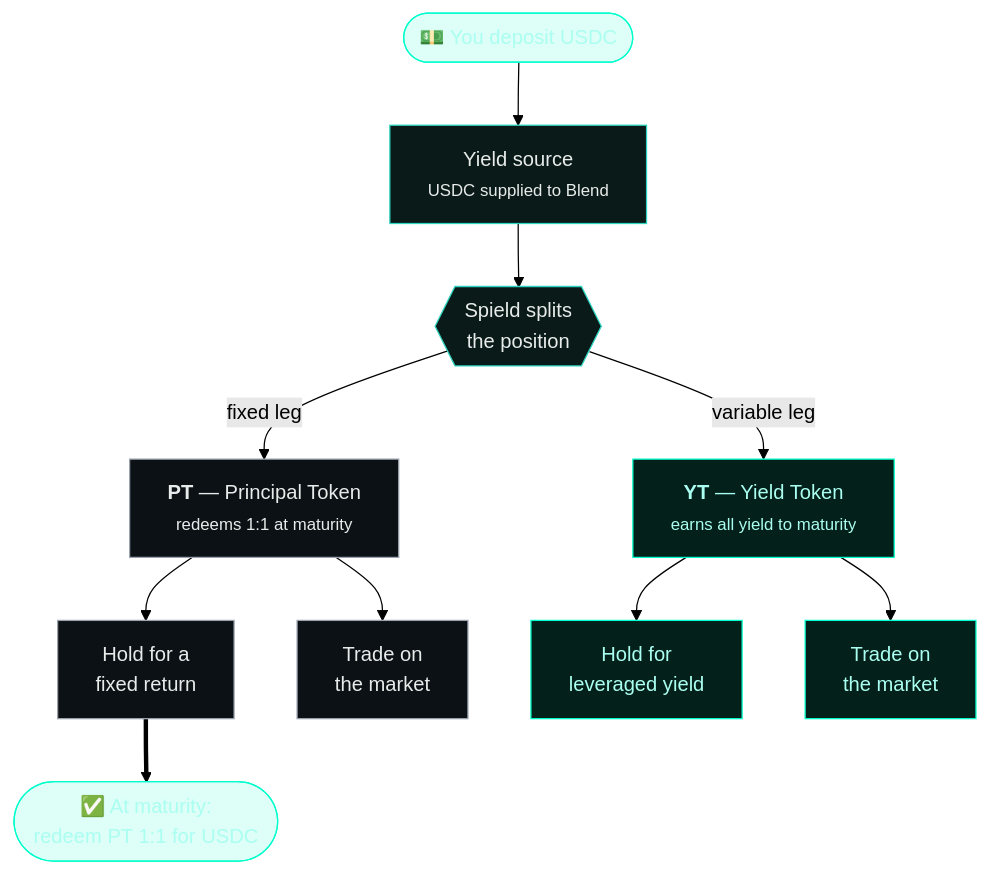
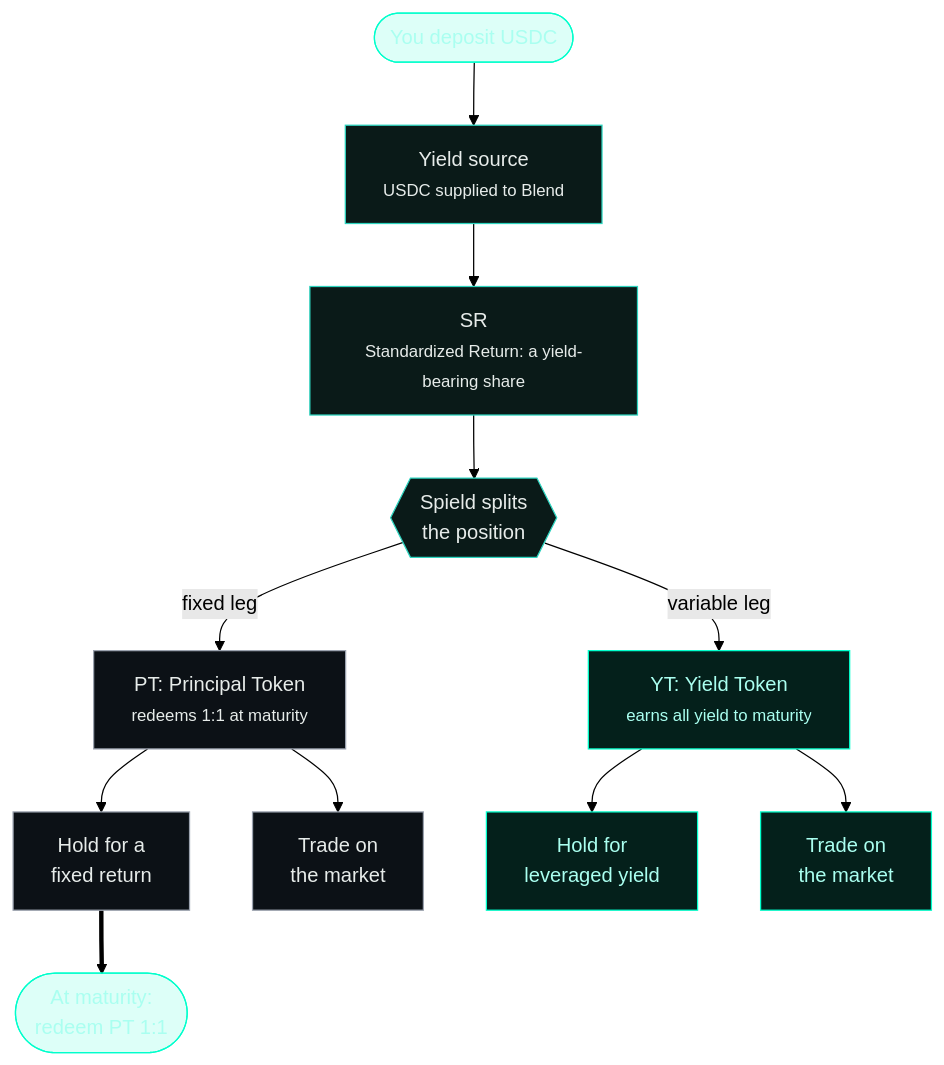
The diagram in content/docs/how-it-works/index.mdx (Suryashish/spield-docs), drawn with Mermaid (forest theme) before and after one commit. The commit also changed other lines of this file and 56 other files, not shown here.

````diff
--- a/content/docs/how-it-works/index.mdx
+++ b/content/docs/how-it-works/index.mdx
@@ -18,21 +18,22 @@
 ```mermaid
 flowchart TD
-  U(["💵 You deposit USDC"]) --> Y["Yield source<br/><small>USDC supplied to Blend</small>"]
-  Y --> S{{"Spield splits<br/>the position"}}
-  S -->|fixed leg| PT["<b>PT</b> — Principal Token<br/><small>redeems 1:1 at maturity</small>"]
-  S -->|variable leg| YT["<b>YT</b> — Yield Token<br/><small>earns all yield to maturity</small>"]
+  U(["You deposit USDC"]) --> Y["Yield source<br/><small>USDC supplied to Blend</small>"]
+  Y --> SR["SR<br/><small>Standardized Return: a yield-bearing share</small>"]
+  SR --> S{{"Spield splits<br/>the position"}}
+  S -->|fixed leg| PT["PT: Principal Token<br/><small>redeems 1:1 at maturity</small>"]
+  S -->|variable leg| YT["YT: Yield Token<br/><small>earns all yield to maturity</small>"]
   PT --> H1["Hold for a<br/>fixed return"]
   PT --> T1["Trade on<br/>the market"]
   YT --> H2["Hold for<br/>leveraged yield"]
   YT --> T2["Trade on<br/>the market"]
-  H1 ==> R(["✅ At maturity:<br/>redeem PT 1:1 for USDC"])
+  H1 ==> R(["At maturity:<br/>redeem PT 1:1"])
 
   classDef src fill:#0a1a18,stroke:#2dd4bf,color:#e7ecea;
   classDef pt fill:#0c1116,stroke:#9ca3af,color:#e7ecea;
   classDef yt fill:#04201b,stroke:#00ffcc,color:#aafff0;
   classDef io fill:#00ffcc22,stroke:#00ffcc,color:#aafff0;
   class U,R io;
-  class Y,S src;
+  class Y,S,SR src;
   class PT,H1,T1 pt;
   class YT,H2,T2 yt;
 ```
````
